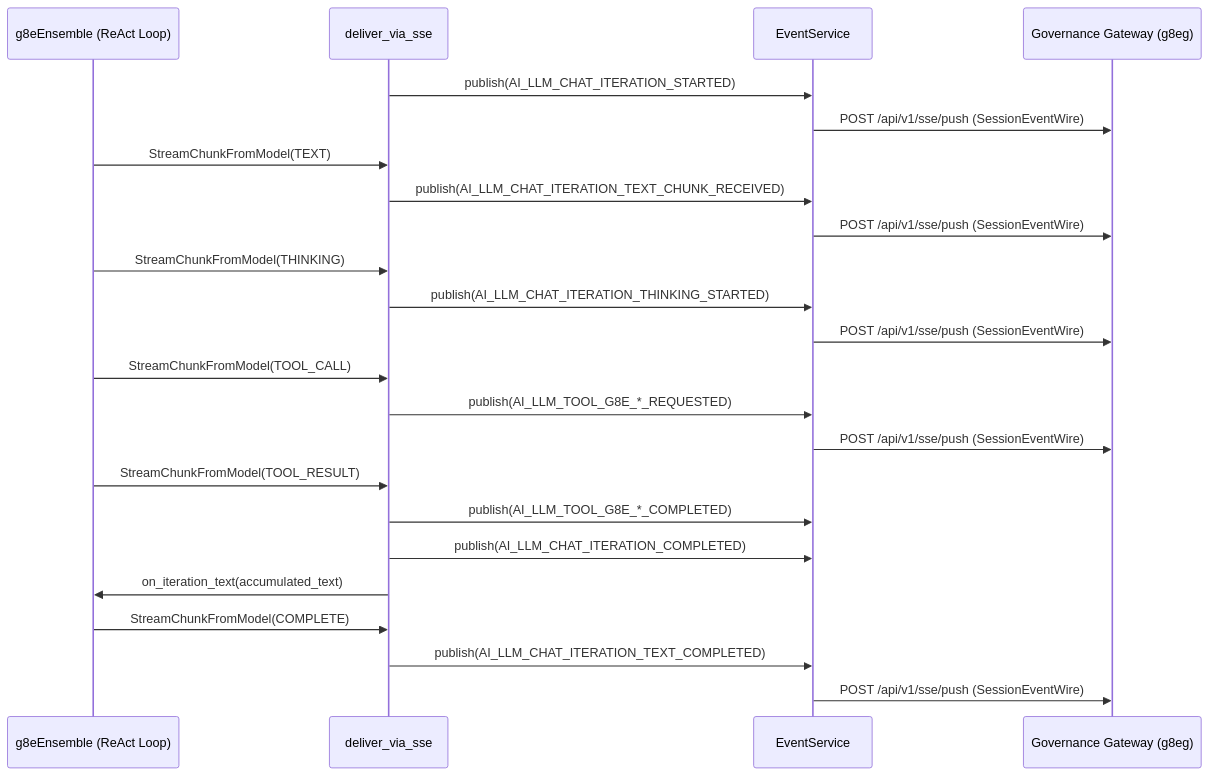
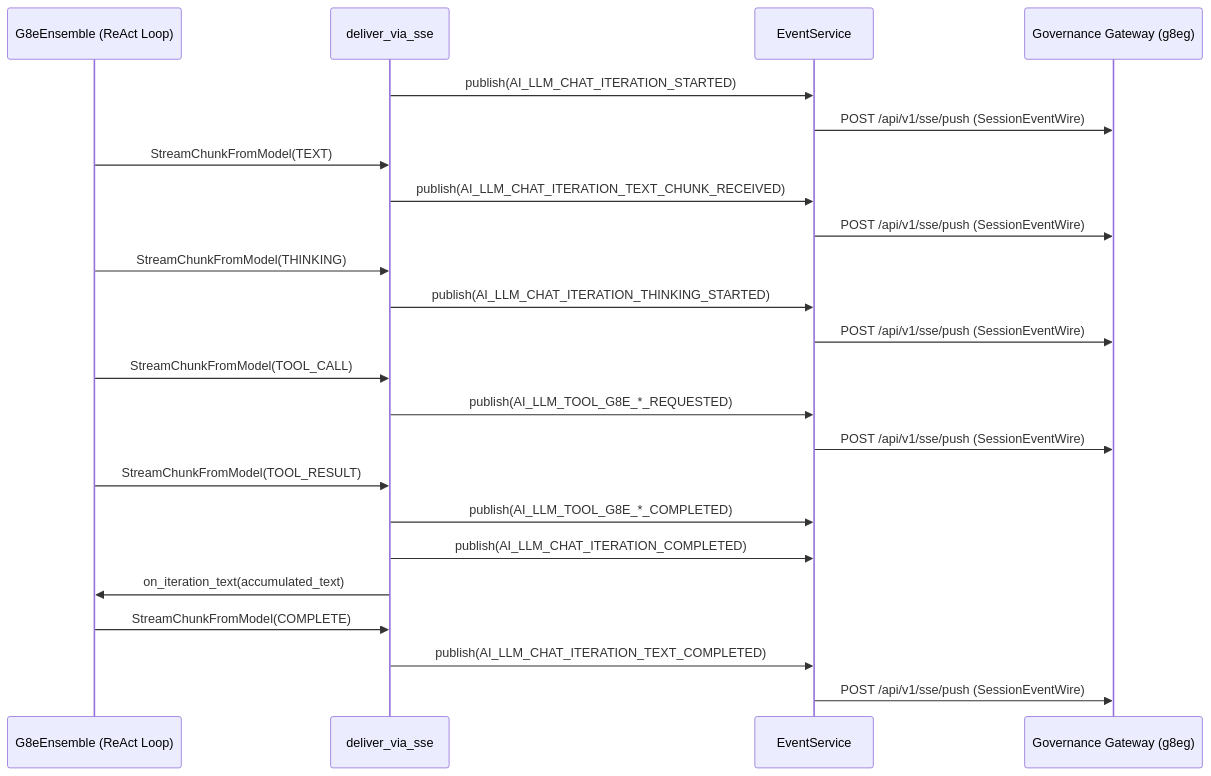
One commit to g8e-ai/g8e changed the second of 2 diagrams in docs/ensemble/sse.md. Above: the diagram before and after it, drawn with Mermaid. The commit also changed other lines of this file and 2235 other files, not shown here.

````diff
--- a/docs/ensemble/sse.md
+++ b/docs/ensemble/sse.md
@@ -223,31 +223,31 @@
 ```mermaid
 sequenceDiagram
-    participant Agent as g8eEnsemble (ReAct Loop)
+    participant Agent as G8eEnsemble (ReAct Loop)
     participant SSE as deliver_via_sse
     participant EventSvc as EventService
     participant Gateway as Governance Gateway (g8eg)
 
     SSE->>EventSvc: publish(AI_LLM_CHAT_ITERATION_STARTED)
     EventSvc->>Gateway: POST /api/v1/sse/push (SessionEventWire)
 
     Agent->>SSE: StreamChunkFromModel(TEXT)
     SSE->>EventSvc: publish(AI_LLM_CHAT_ITERATION_TEXT_CHUNK_RECEIVED)
     EventSvc->>Gateway: POST /api/v1/sse/push (SessionEventWire)
 
     Agent->>SSE: StreamChunkFromModel(THINKING)
     SSE->>EventSvc: publish(AI_LLM_CHAT_ITERATION_THINKING_STARTED)
     EventSvc->>Gateway: POST /api/v1/sse/push (SessionEventWire)
 
     Agent->>SSE: StreamChunkFromModel(TOOL_CALL)
     SSE->>EventSvc: publish(AI_LLM_TOOL_G8E_*_REQUESTED)
     EventSvc->>Gateway: POST /api/v1/sse/push (SessionEventWire)
 
     Agent->>SSE: StreamChunkFromModel(TOOL_RESULT)
     SSE->>EventSvc: publish(AI_LLM_TOOL_G8E_*_COMPLETED)
     SSE->>EventSvc: publish(AI_LLM_CHAT_ITERATION_COMPLETED)
     SSE->>Agent: on_iteration_text(accumulated_text)
 
     Agent->>SSE: StreamChunkFromModel(COMPLETE)
     SSE->>EventSvc: publish(AI_LLM_CHAT_ITERATION_TEXT_COMPLETED)
     EventSvc->>Gateway: POST /api/v1/sse/push (SessionEventWire)
 ```
````
